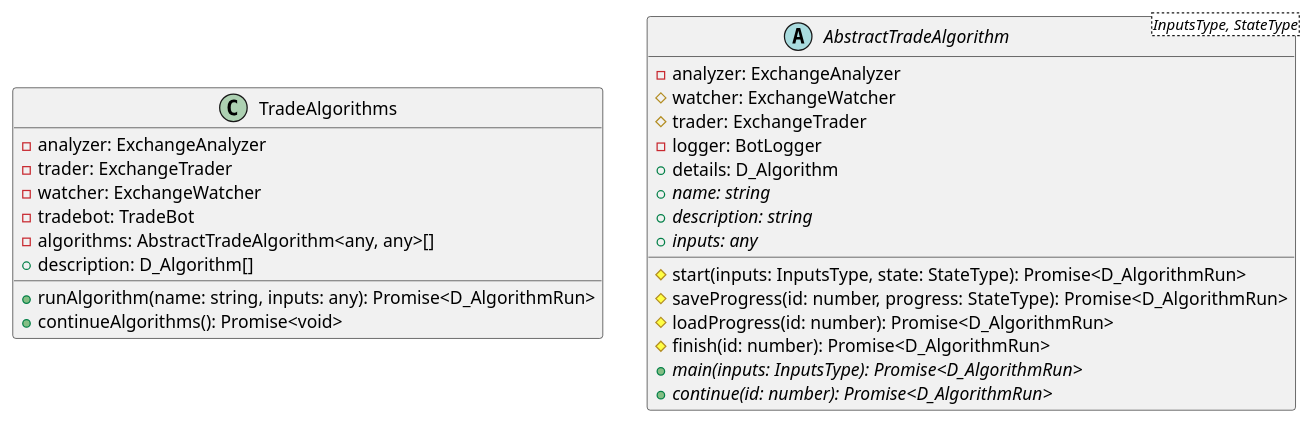
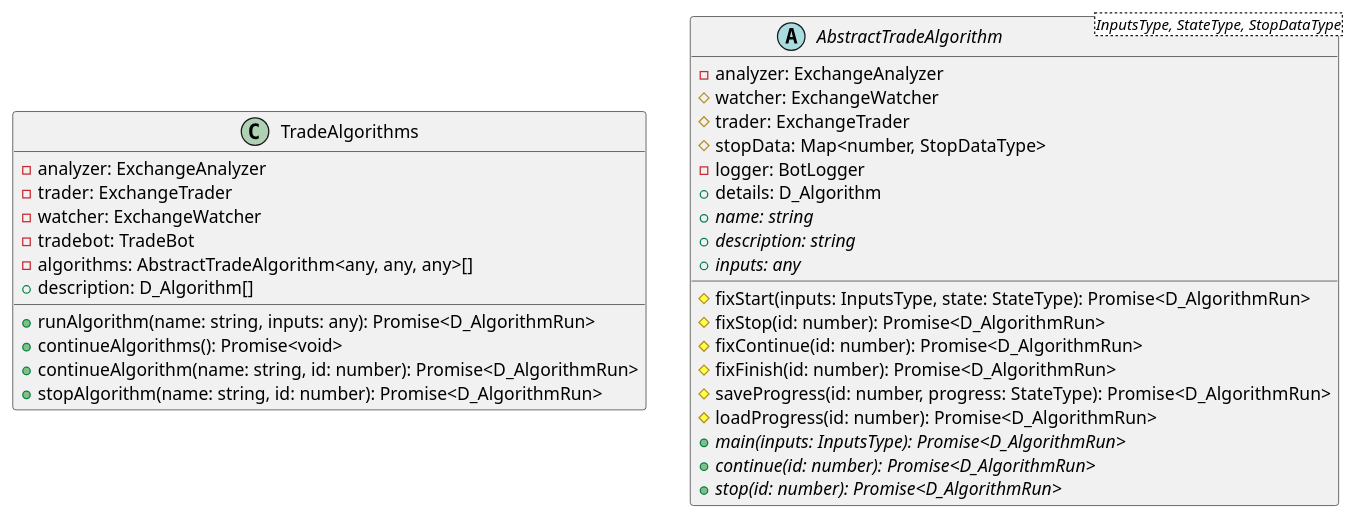
One commit to d0rich/tradeb0t changed the diagram in docs/TradeAlgorithms.puml. Above: the diagram before and after it, drawn with PlantUML. The commit also changed 6 other files, not shown here.

```diff
--- a/docs/TradeAlgorithms.puml
+++ b/docs/TradeAlgorithms.puml
@@ -1,29 +1,35 @@
 @startuml
 class TradeAlgorithms {
     -analyzer: ExchangeAnalyzer
     -trader: ExchangeTrader
     -watcher: ExchangeWatcher
     -tradebot: TradeBot
-    -algorithms: AbstractTradeAlgorithm<any, any>[]
+    -algorithms: AbstractTradeAlgorithm<any, any, any>[]
     +description: D_Algorithm[]
     +runAlgorithm(name: string, inputs: any): Promise<D_AlgorithmRun>
     +continueAlgorithms(): Promise<void>
+    +continueAlgorithm(name: string, id: number): Promise<D_AlgorithmRun>
+    +stopAlgorithm(name: string, id: number): Promise<D_AlgorithmRun>
 }
 
-abstract class AbstractTradeAlgorithm<InputsType, StateType> {
+abstract class AbstractTradeAlgorithm<InputsType, StateType, StopDataType> {
     -analyzer: ExchangeAnalyzer
     #watcher: ExchangeWatcher
     #trader: ExchangeTrader
+    #stopData: Map<number, StopDataType>
     -logger: BotLogger
     +details: D_Algorithm
-    #start(inputs: InputsType, state: StateType): Promise<D_AlgorithmRun>
+    #fixStart(inputs: InputsType, state: StateType): Promise<D_AlgorithmRun>
+    #fixStop(id: number): Promise<D_AlgorithmRun>
+    #fixContinue(id: number): Promise<D_AlgorithmRun>
+    #fixFinish(id: number): Promise<D_AlgorithmRun>
     #saveProgress(id: number, progress: StateType): Promise<D_AlgorithmRun>
     #loadProgress(id: number): Promise<D_AlgorithmRun>
-    #finish(id: number): Promise<D_AlgorithmRun>
     +{abstract} name: string
     +{abstract} description: string
     +{abstract} inputs: any
     +{abstract} main(inputs: InputsType): Promise<D_AlgorithmRun>
     +{abstract} continue(id: number): Promise<D_AlgorithmRun>
+    +{abstract} stop(id: number): Promise<D_AlgorithmRun>
 }
 @enduml
```
